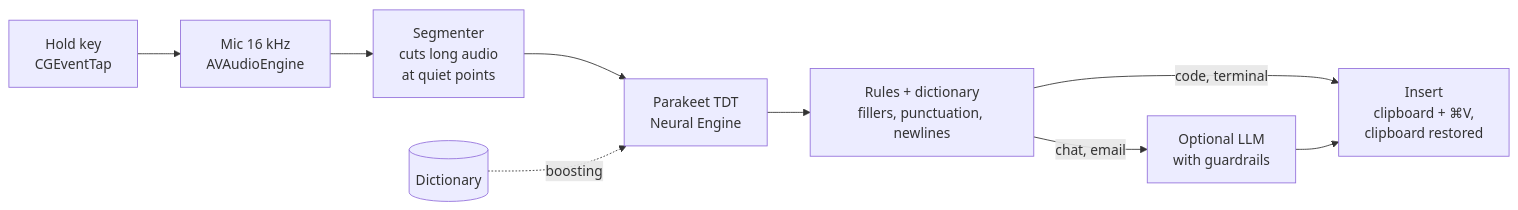
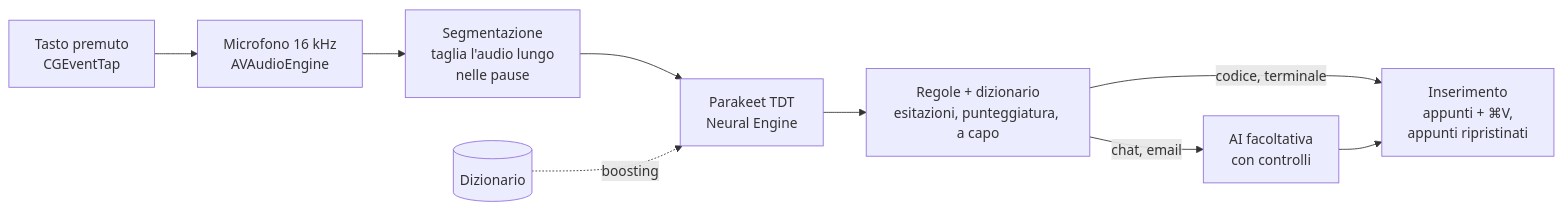
The diagram in README.md (Gigyo96/voce), drawn with Mermaid before and after one commit. The commit also changed other lines of this file and 43 other files, not shown here.

````diff
--- a/README.md
+++ b/README.md
@@ -84,11 +123,11 @@
 ```mermaid
 flowchart LR
-    K[Hold key<br/>CGEventTap] --> R[Mic 16 kHz<br/>AVAudioEngine]
-    R --> S[Segmenter<br/>cuts long audio<br/>at quiet points]
+    K[Tasto premuto<br/>CGEventTap] --> R[Microfono 16 kHz<br/>AVAudioEngine]
+    R --> S[Segmentazione<br/>taglia l'audio lungo<br/>nelle pause]
     S --> A[Parakeet TDT<br/>Neural Engine]
-    D[(Dictionary)] -. boosting .-> A
-    A --> P[Rules + dictionary<br/>fillers, punctuation, newlines]
-    P -->|chat, email| L[Optional LLM<br/>with guardrails]
-    P -->|code, terminal| I
-    L --> I[Insert<br/>clipboard + ⌘V,<br/>clipboard restored]
+    D[(Dizionario)] -. boosting .-> A
+    A --> P[Regole + dizionario<br/>esitazioni, punteggiatura, a capo]
+    P -->|chat, email| L[AI facoltativa<br/>con controlli]
+    P -->|codice, terminale| I
+    L --> I[Inserimento<br/>appunti + ⌘V,<br/>appunti ripristinati]
 ```
````
